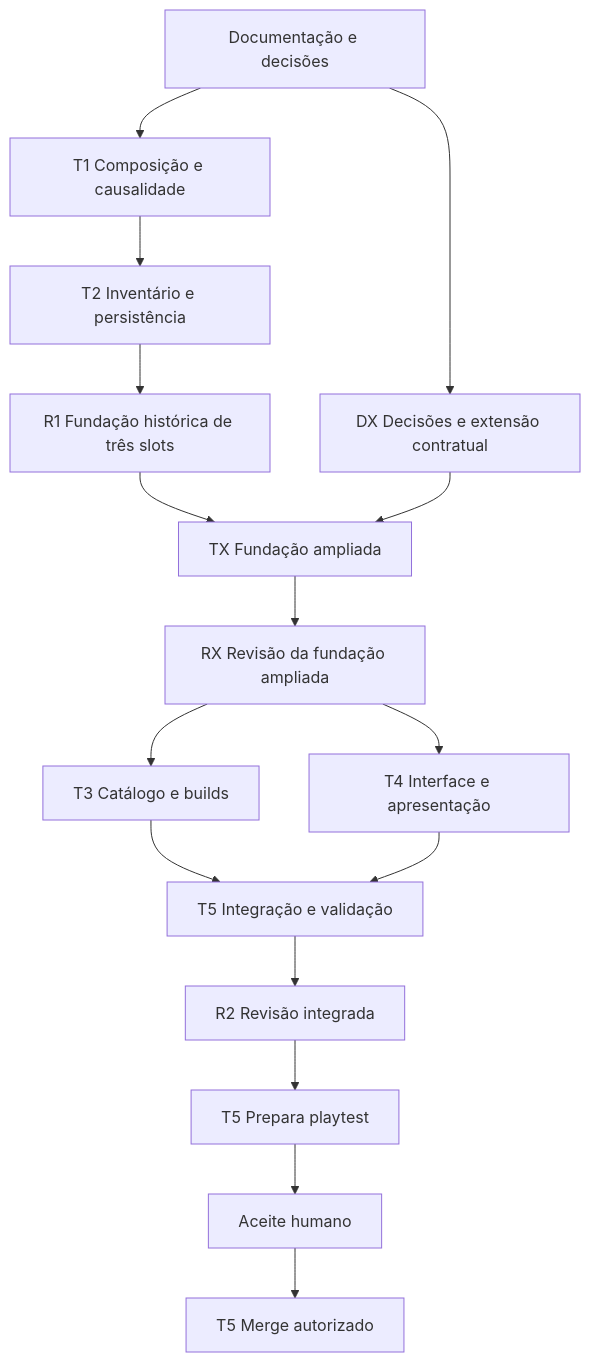
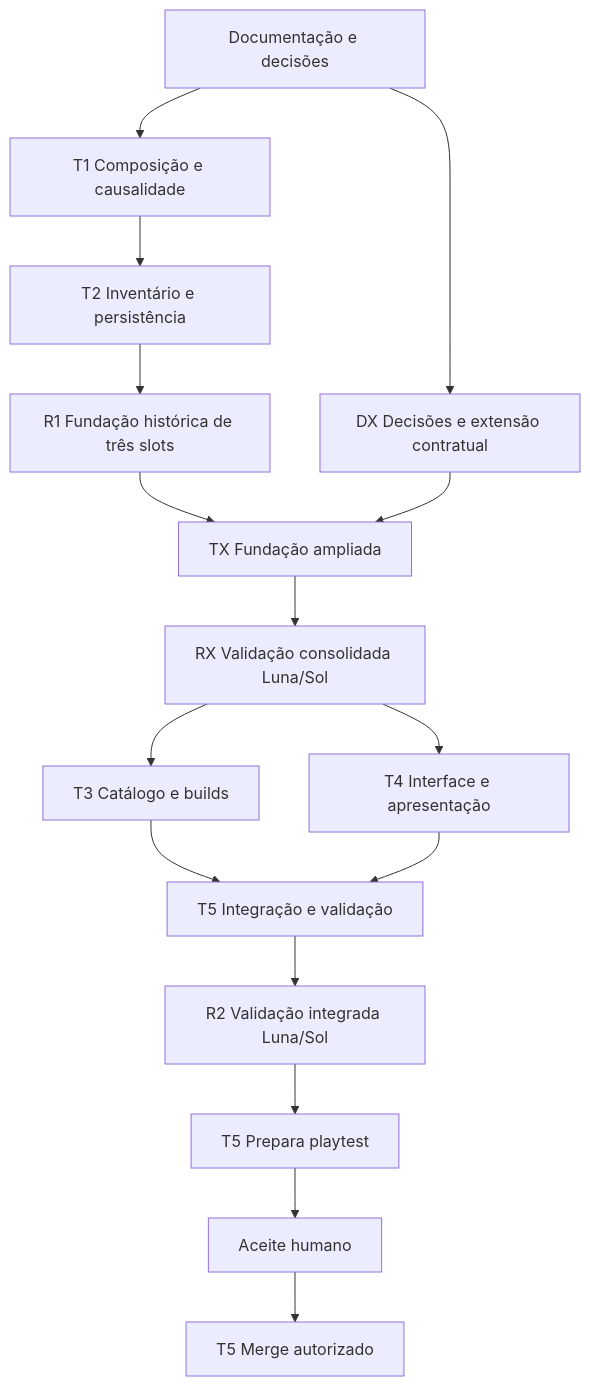
Before and after one commit to IanCurtis4/mage-gameplay-worktree: the diagram in docs/epics/e06_tasks.md, drawn with Mermaid. The commit also changed other lines of this file and 9 other files, not shown here.

Commit message:
docs(workflow): route automated validation to Luna and fixes to Sol

````diff
--- a/docs/epics/e06_tasks.md
+++ b/docs/epics/e06_tasks.md
@@ -74,18 +76,18 @@
 ```mermaid
 flowchart TD
   D0[Documentação e decisões] --> T1[T1 Composição e causalidade]
   T1 --> T2[T2 Inventário e persistência]
   T2 --> R1[R1 Fundação histórica de três slots]
   D0 --> DX[DX Decisões e extensão contratual]
   R1 --> TX[TX Fundação ampliada]
   DX --> TX
-  TX --> RX[RX Revisão da fundação ampliada]
+  TX --> RX[RX Validação consolidada Luna/Sol]
   RX --> T3[T3 Catálogo e builds]
   RX --> T4[T4 Interface e apresentação]
   T3 --> T5[T5 Integração e validação]
   T4 --> T5
-  T5 --> R2[R2 Revisão integrada]
+  T5 --> R2[R2 Validação integrada Luna/Sol]
   R2 --> P[T5 Prepara playtest]
   P --> H[Aceite humano]
   H --> M[T5 Merge autorizado]
 ```
````
